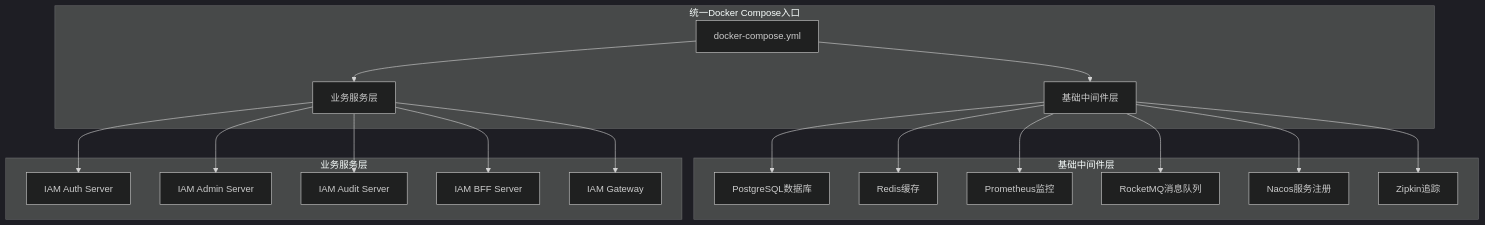
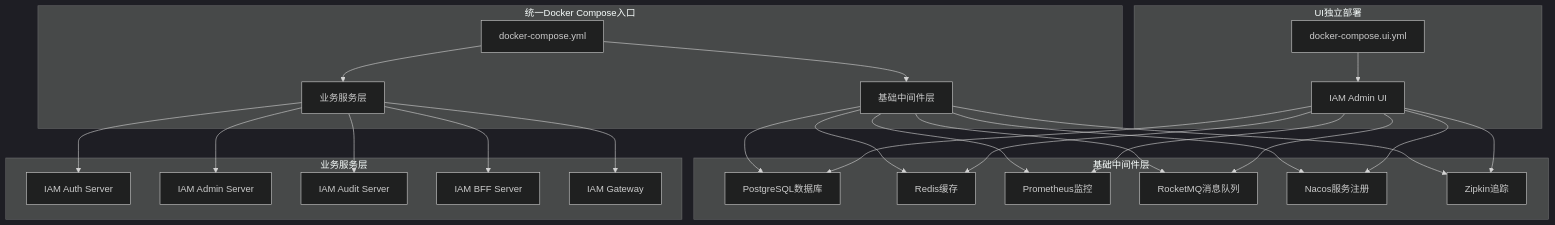
Before and after one commit to fq0121104930716/iam-platform: the first of 11 diagrams in .qoder/repowiki/zh/content/部署运维/Docker组合使用指南.md, drawn with Mermaid (dark theme). The commit also changed other lines of this file and 6 other files, not shown here.

````diff
--- a/.qoder/repowiki/zh/content/部署运维/Docker组合使用指南.md
+++ b/.qoder/repowiki/zh/content/部署运维/Docker组合使用指南.md
@@ -52,33 +57,42 @@
 ```mermaid
 graph TB
 subgraph "统一Docker Compose入口"
 A[docker-compose.yml] --> B[基础中间件层]
 A --> C[业务服务层]
 end
+subgraph "UI独立部署"
+D[docker-compose.ui.yml] --> E[IAM Admin UI]
+end
 subgraph "基础中间件层"
-D[PostgreSQL数据库]
-E[Redis缓存]
-F[Prometheus监控]
-G[RocketMQ消息队列]
-H[Nacos服务注册]
-I[Zipkin追踪]
+F[PostgreSQL数据库]
+G[Redis缓存]
+H[Prometheus监控]
+I[RocketMQ消息队列]
+J[Nacos服务注册]
+K[Zipkin追踪]
 end
 subgraph "业务服务层"
-J[IAM Auth Server]
-K[IAM Admin Server]
-L[IAM Audit Server]
-M[IAM BFF Server]
-N[IAM Gateway]
+L[IAM Auth Server]
+M[IAM Admin Server]
+N[IAM Audit Server]
+O[IAM BFF Server]
+P[IAM Gateway]
 end
-B --> D
-B --> E
 B --> F
 B --> G
 B --> H
 B --> I
-C --> J
-C --> K
+B --> J
+B --> K
 C --> L
 C --> M
 C --> N
+C --> O
+C --> P
+E --> F
+E --> G
+E --> H
+E --> I
+E --> J
+E --> K
 ```
````
